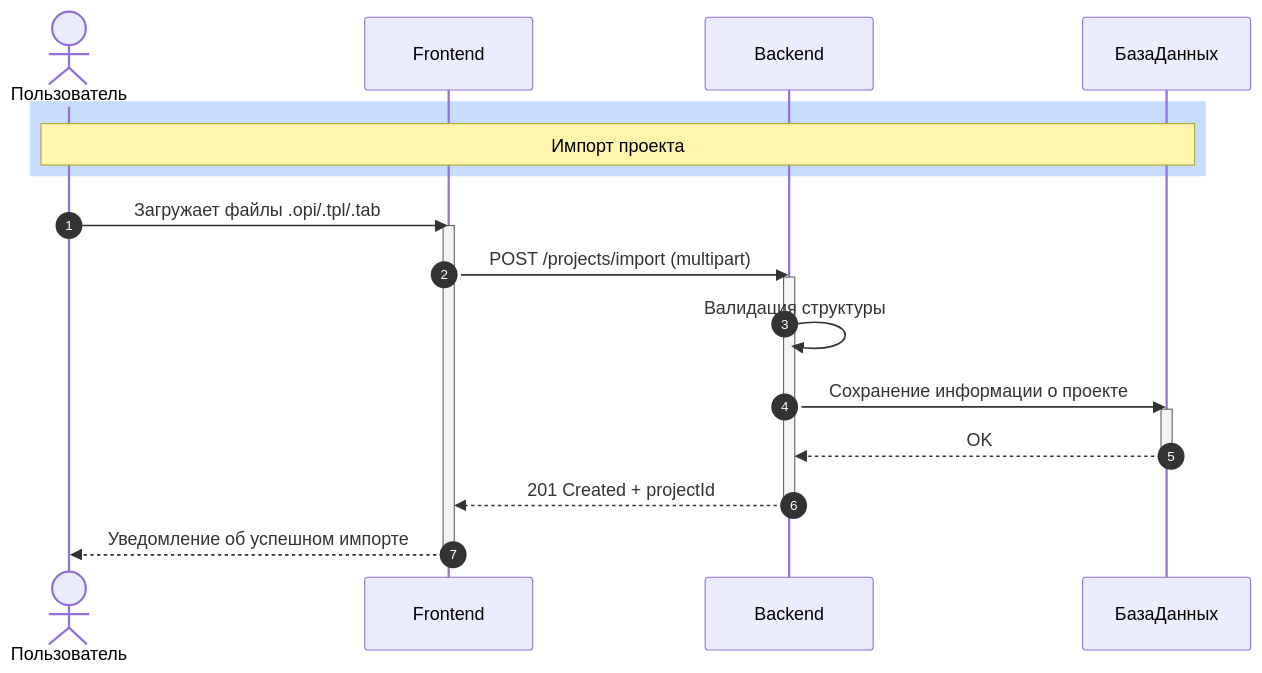
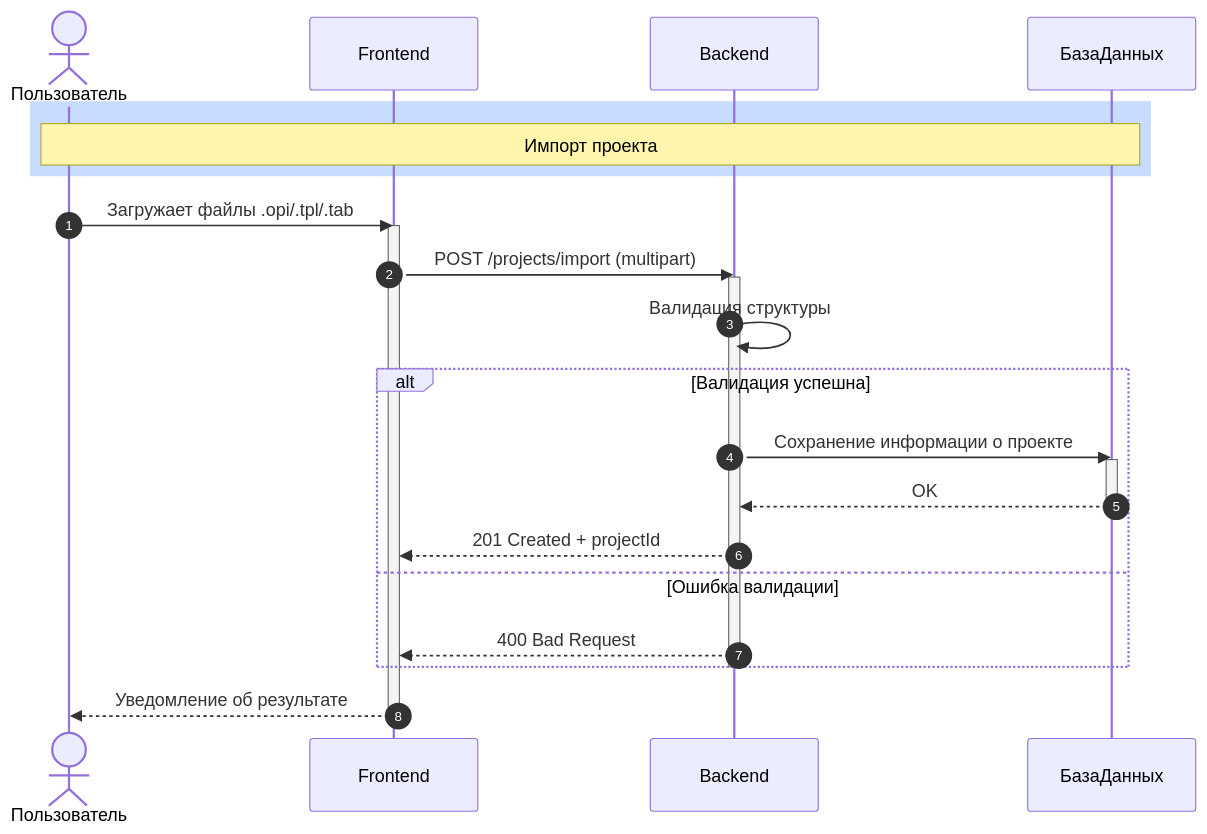
One commit to Sandro302/portfolio changed the second of 3 diagrams in TZ/FrontEnd.md. Above: the diagram before and after it, drawn with Mermaid. The commit also changed other lines of this file, not shown here.

````diff
--- a/TZ/FrontEnd.md
+++ b/TZ/FrontEnd.md
@@ -156,33 +157,39 @@
 ```mermaid
 sequenceDiagram
     actor User as Пользователь
     participant Frontend
     participant Backend
     participant DB as БазаДанных
     
     autonumber
     
     rect rgb(200, 220, 255)
     Note over User,DB: Импорт проекта
     end
     
     User->>Frontend: Загружает файлы .opi/.tpl/.tab
     activate Frontend
     
     Frontend->>Backend: POST /projects/import (multipart)
     activate Backend
     
     Backend->>Backend: Валидация структуры
     
-    Backend->>DB: Сохранение информации о проекте
-    activate DB
+    alt Валидация успешна
+        Backend->>DB: Сохранение информации о проекте
+        activate DB
+        
+        DB-->>Backend: OK
+        deactivate DB
+        
+        Backend-->>Frontend: 201 Created + projectId
+    else Ошибка валидации
+        Backend-->>Frontend: 400 Bad Request
+    end
     
-    DB-->>Backend: OK
-    deactivate DB
-    
-    Backend-->>Frontend: 201 Created + projectId
     deactivate Backend
     
-    Frontend-->>User: Уведомление об успешном импорте
+    Frontend-->>User: Уведомление об результате
     deactivate Frontend
+
 ```
````
